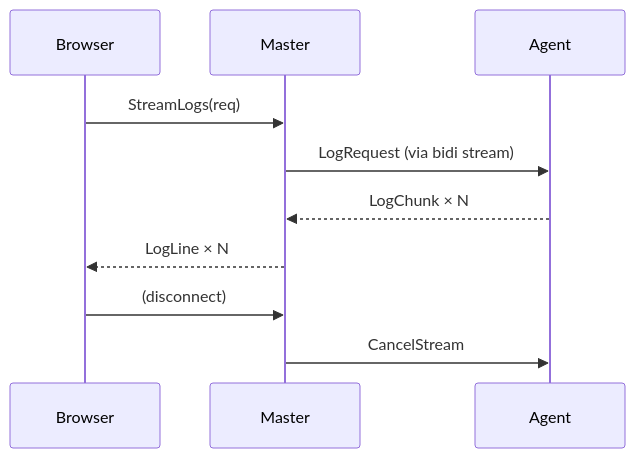
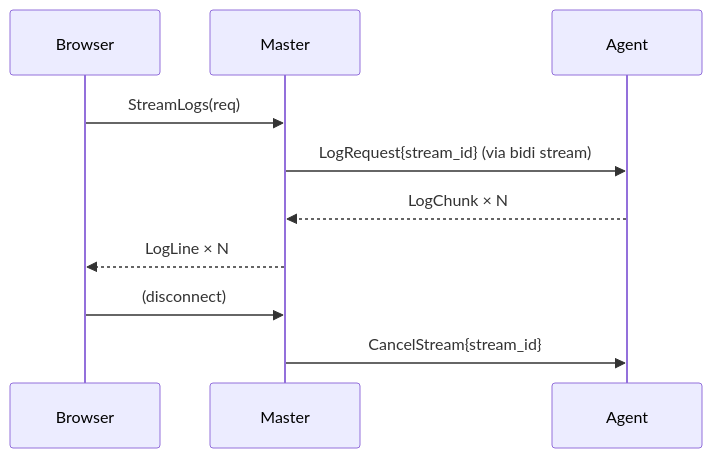
One commit to heckertobias/orkestra changed the third of 3 diagrams in docs/02-protocol.md. Above: the diagram before and after it, drawn with Mermaid. The commit also changed other lines of this file and 12 other files, not shown here.

````diff
--- a/docs/02-protocol.md
+++ b/docs/02-protocol.md
@@ -314,12 +341,12 @@
 ```mermaid
 sequenceDiagram
     participant Browser
     participant Master
     participant Agent
     Browser->>Master: StreamLogs(req)
-    Master->>Agent: LogRequest (via bidi stream)
+    Master->>Agent: LogRequest{stream_id} (via bidi stream)
     Agent-->>Master: LogChunk × N
     Master-->>Browser: LogLine × N
     Browser->>Master: (disconnect)
-    Master->>Agent: CancelStream
+    Master->>Agent: CancelStream{stream_id}
 ```
````
